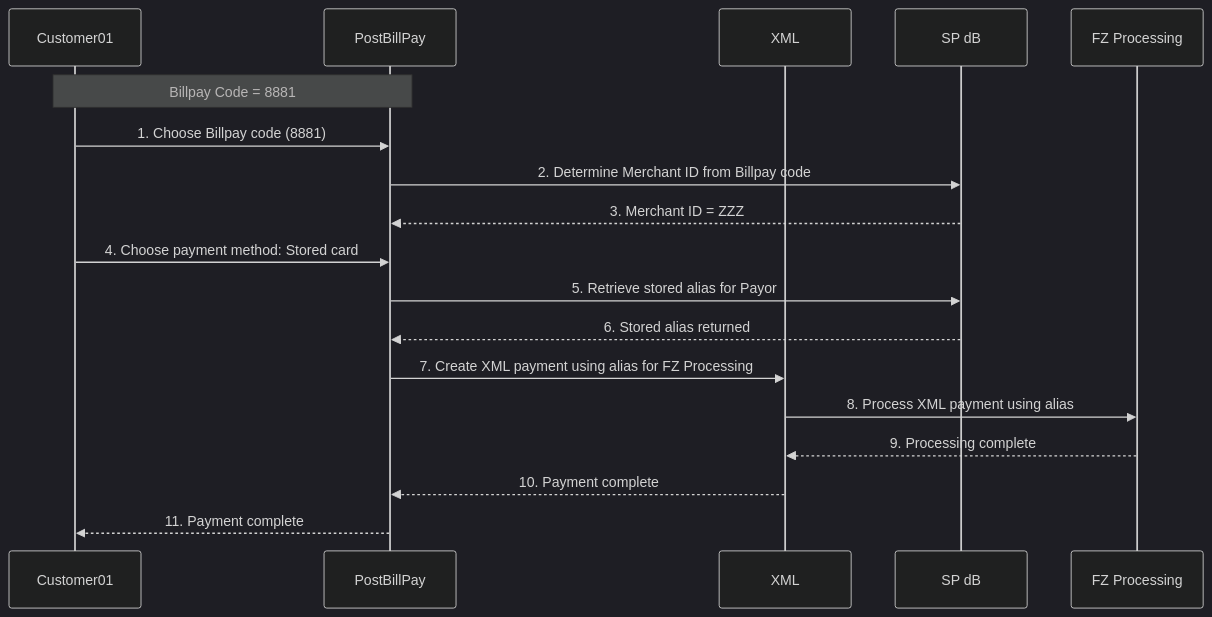
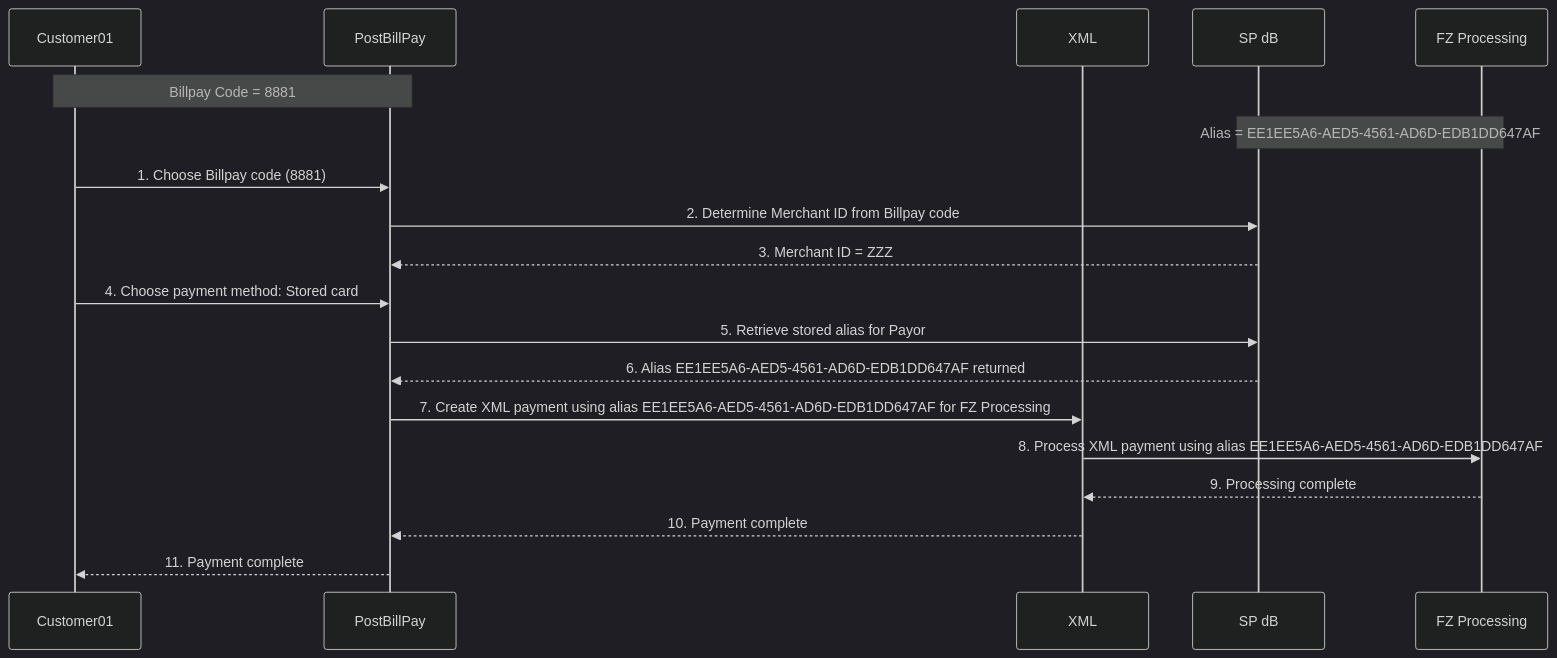
Before and after one commit to stu-woodward/architecture-diagrams: the diagram in postbillpay/option2-card-stored.mmd, drawn with Mermaid (dark theme).

Commit message:
Show alias flow in current stored card diagram

```diff
--- a/postbillpay/option2-card-stored.mmd
+++ b/postbillpay/option2-card-stored.mmd
@@ -1,26 +1,27 @@
 sequenceDiagram
     participant Customer01
     participant PostBillPay
     participant XML
     participant SPDB as SP dB
     participant FZ as FZ Processing
 
     Note over Customer01,PostBillPay: Billpay Code = 8881
+    Note over SPDB,FZ: Alias = EE1EE5A6-AED5-4561-AD6D-EDB1DD647AF
 
     Customer01->>PostBillPay: 1. Choose Billpay code (8881)
 
     PostBillPay->>SPDB: 2. Determine Merchant ID from Billpay code
     SPDB-->>PostBillPay: 3. Merchant ID = ZZZ
 
     Customer01->>PostBillPay: 4. Choose payment method: Stored card
 
     PostBillPay->>SPDB: 5. Retrieve stored alias for Payor
-    SPDB-->>PostBillPay: 6. Stored alias returned
+    SPDB-->>PostBillPay: 6. Alias EE1EE5A6-AED5-4561-AD6D-EDB1DD647AF returned
 
-    PostBillPay->>XML: 7. Create XML payment using alias for FZ Processing
+    PostBillPay->>XML: 7. Create XML payment using alias EE1EE5A6-AED5-4561-AD6D-EDB1DD647AF for FZ Processing
 
-    XML->>FZ: 8. Process XML payment using alias
+    XML->>FZ: 8. Process XML payment using alias EE1EE5A6-AED5-4561-AD6D-EDB1DD647AF
     FZ-->>XML: 9. Processing complete
 
     XML-->>PostBillPay: 10. Payment complete
     PostBillPay-->>Customer01: 11. Payment complete
```
